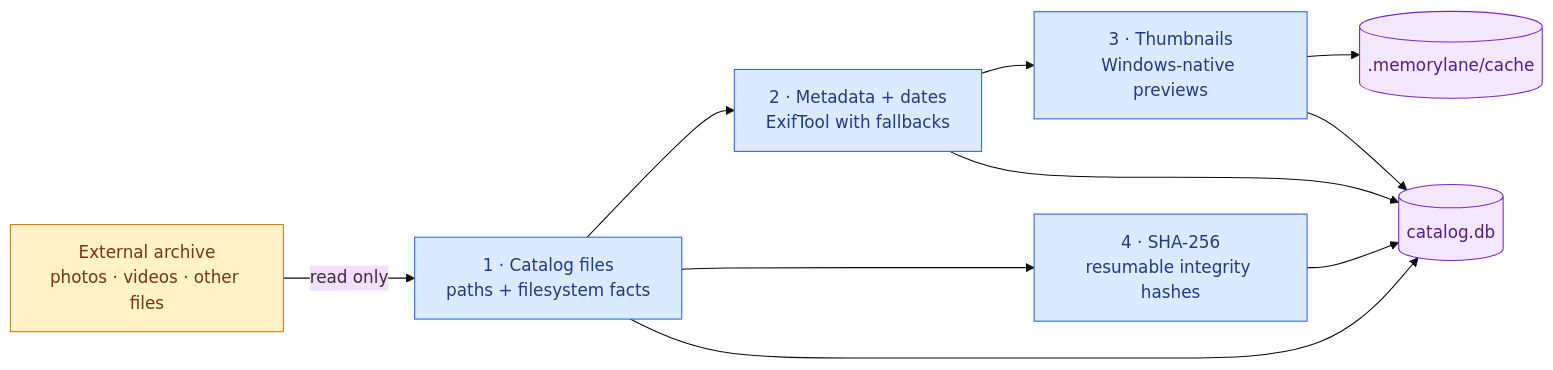
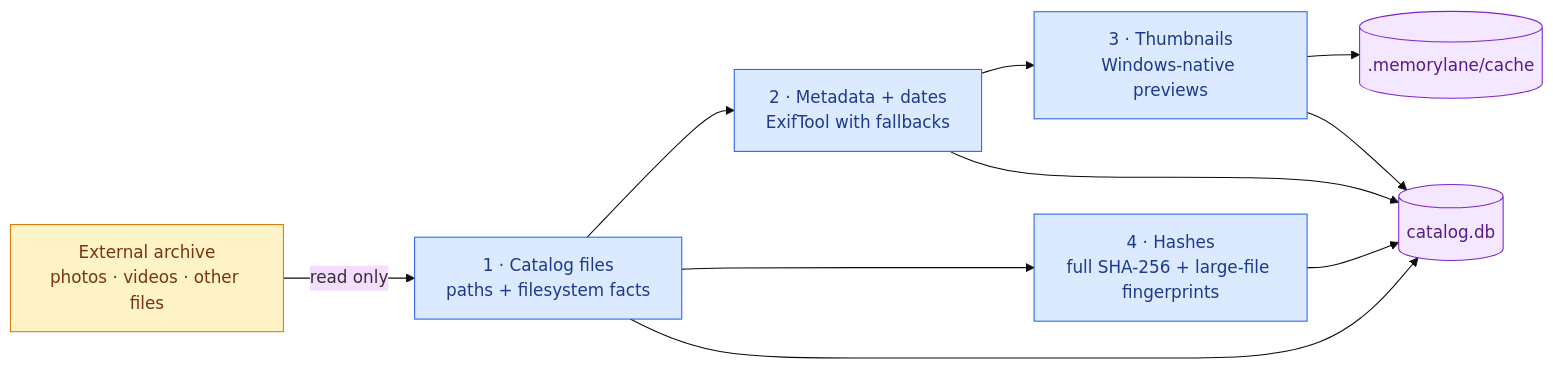
Before and after one commit to renanmoraisdasilva/memory-lane: the second of 3 diagrams in README.md, drawn with Mermaid (base theme). The commit also changed other lines of this file and 34 other files, not shown here.

````diff
--- a/README.md
+++ b/README.md
@@ -54,27 +54,27 @@
 ```mermaid
 flowchart LR
     Drive["External archive<br/>photos · videos · other files"]
     Catalog["1 · Catalog files<br/>paths + filesystem facts"]
     Metadata["2 · Metadata + dates<br/>ExifTool with fallbacks"]
     Thumbs["3 · Thumbnails<br/>Windows-native previews"]
-    Hashes["4 · SHA-256<br/>resumable integrity hashes"]
+    Hashes["4 · Hashes<br/>full SHA-256 + large-file fingerprints"]
     CatalogDB[("catalog.db")]
     Cache[(".memorylane/cache")]
 
     Drive -->|"read only"| Catalog
     Catalog --> Metadata
     Metadata --> Thumbs
     Catalog --> Hashes
     Catalog --> CatalogDB
     Metadata --> CatalogDB
     Thumbs --> Cache
     Thumbs --> CatalogDB
     Hashes --> CatalogDB
 
     classDef source fill:#fef3c7,stroke:#d97706,color:#78350f
     classDef stage fill:#dbeafe,stroke:#2563eb,color:#1e3a8a
     classDef storage fill:#f3e8ff,stroke:#7e22ce,color:#581c87
     class Drive source
     class Catalog,Metadata,Thumbs,Hashes stage
     class CatalogDB,Cache storage
 ```
````
